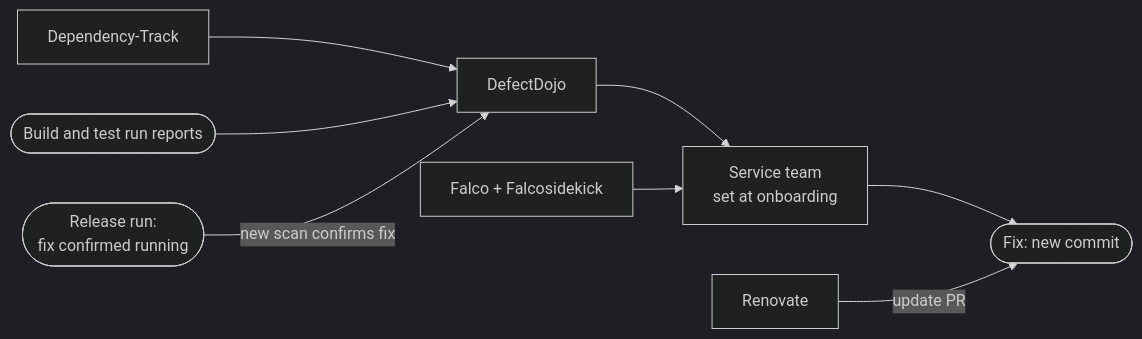
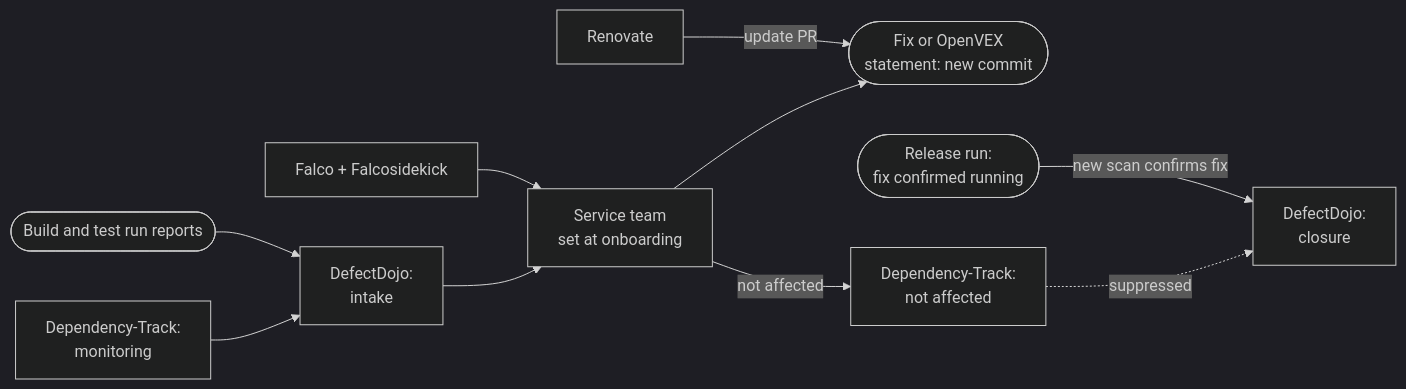
The seventh of 7 diagrams in content/en/docs/reference-architectures/open-source-ssdf-cicd.md (andymotta/Platform-Engineering), drawn with Mermaid (dark theme) before and after one commit. The commit also changed other lines of this file, not shown here.

First line of the commit message:
docs: address review feedback on the SSDF reference architecture

````diff
--- a/content/en/docs/reference-architectures/open-source-ssdf-cicd.md
+++ b/content/en/docs/reference-architectures/open-source-ssdf-cicd.md
@@ -224,10 +235,12 @@
 ```mermaid
 flowchart LR
-    DT["Dependency-Track"] --> DD["DefectDojo"]
-    V(["Build and test run reports"]) --> DD
-    R(["Release run:<br/>fix confirmed running"]) -->|new scan confirms fix| DD
-    DD --> T["Service team<br/>set at onboarding"]
+    DT["Dependency-Track:<br/>monitoring"] --> DDI["DefectDojo:<br/>intake"]
+    V(["Build and test run reports"]) --> DDI
+    DDI --> T["Service team<br/>set at onboarding"]
     F["Falco + Falcosidekick"] --> T
-    T --> N(["Fix: new commit"])
+    T --> N(["Fix or OpenVEX<br/>statement: new commit"])
     RN["Renovate"] -->|update PR| N
+    T -->|not affected| NA["Dependency-Track:<br/>not affected"]
+    NA -.->|suppressed| DDC["DefectDojo:<br/>closure"]
+    R(["Release run:<br/>fix confirmed running"]) -->|new scan confirms fix| DDC
 ```
````
